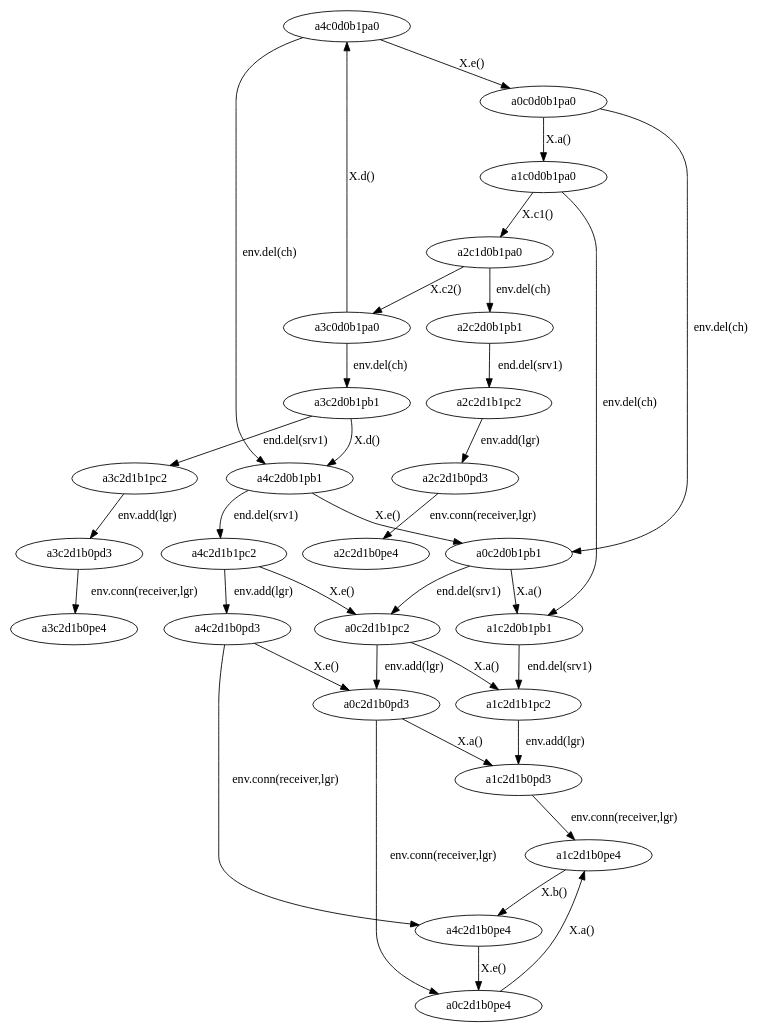
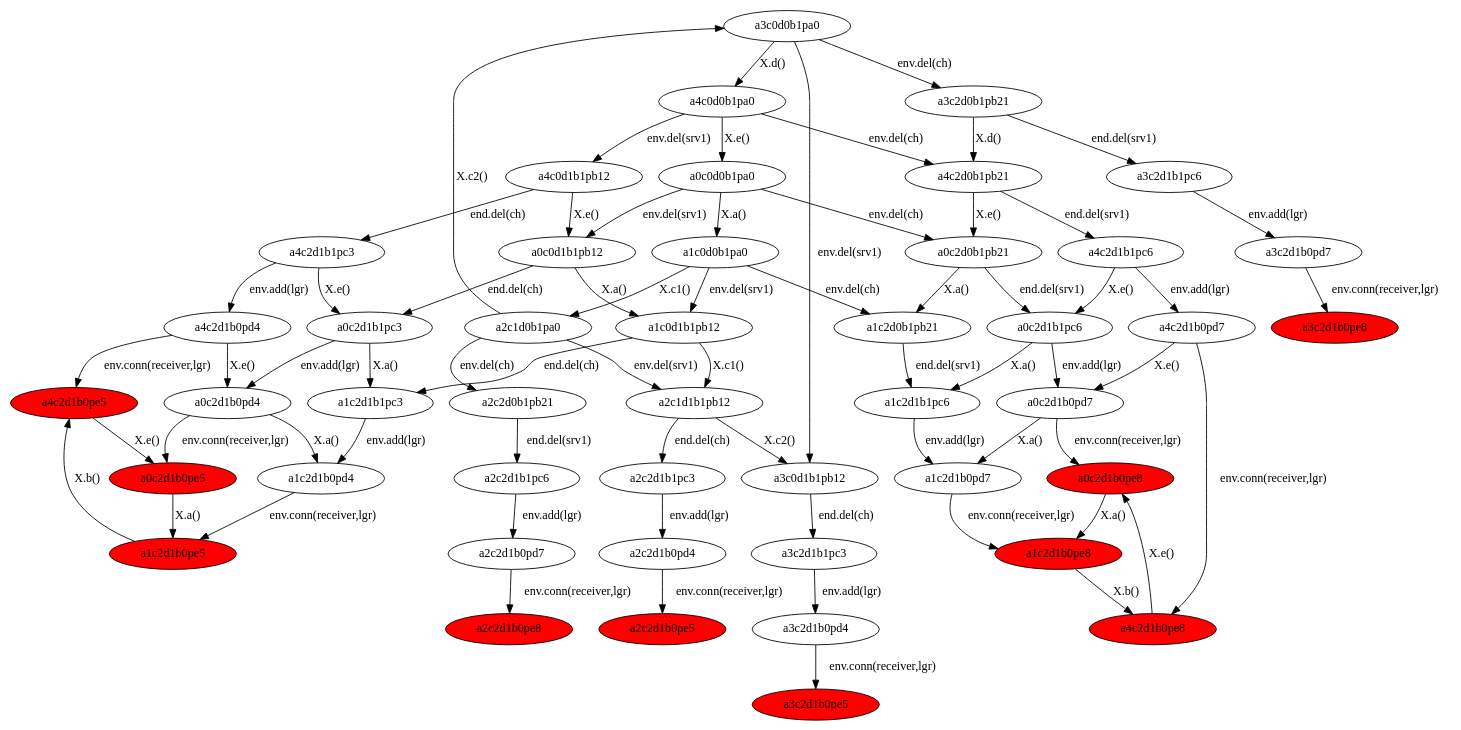
One commit to nargeskh/ControllerSynthesis changed the diagram in IO/outExperiments/model.dot. Above: the diagram before and after it, drawn with Graphviz. The commit also changed 122 other files, not shown here.

```diff
--- a/IO/outExperiments/model.dot
+++ b/IO/outExperiments/model.dot
@@ -1,63 +1,79 @@
 digraph { 
-a0c2d0b1pb1[pos="100,0!"];
-a2c2d0b1pb1[pos="100,100!"];
-a1c2d1b0pd3[pos="100,200!"];
-a3c2d1b0pe4[pos="100,300!"];
-a4c2d1b1pc2[pos="100,400!"];
-a3c2d1b1pc2[pos="100,500!"];
-a4c2d0b1pb1[pos="100,600!"];
-a4c2d1b0pe4[pos="100,700!"];
-a2c1d0b1pa0[pos="100,800!"];
-a0c2d1b1pc2[pos="100,900!"];
-a1c2d0b1pb1[pos="100,1000!"];
-a0c2d1b0pe4[pos="100,1100!"];
-a0c0d0b1pa0[pos="100,1200!"];
-a4c0d0b1pa0[pos="100,1300!"];
-a2c2d1b0pe4[pos="100,1400!"];
-a1c0d0b1pa0[pos="100,1500!"];
-a1c2d1b0pe4[pos="100,1600!"];
-a3c2d1b0pd3[pos="100,1700!"];
-a3c2d0b1pb1[pos="100,1800!"];
-a2c2d1b1pc2[pos="100,1900!"];
-a4c2d1b0pd3[pos="100,2000!"];
-a3c0d0b1pa0[pos="100,2100!"];
-a1c2d1b1pc2[pos="100,2200!"];
-a0c2d1b0pd3[pos="100,2300!"];
-a2c2d1b0pd3[pos="100,2400!"];
-a0c0d0b1pa0->a0c2d0b1pb1[label= "env.del(ch)"];
-a0c2d0b1pb1->a1c2d0b1pb1[label= "X.a()"];
-a1c2d0b1pb1->a1c2d1b1pc2[label= "end.del(srv1)"];
-a1c0d0b1pa0->a1c2d0b1pb1[label= "env.del(ch)"];
-a3c2d0b1pb1->a4c2d0b1pb1[label= "X.d()"];
-a0c2d1b1pc2->a1c2d1b1pc2[label= "X.a()"];
-a0c2d1b0pd3->a0c2d1b0pe4[label= "env.conn(receiver,lgr)"];
-a2c1d0b1pa0->a2c2d0b1pb1[label= "env.del(ch)"];
-a0c2d1b1pc2->a0c2d1b0pd3[label= "env.add(lgr)"];
-a0c2d1b0pe4->a1c2d1b0pe4[label= "X.a()"];
+a4c2d1b0pe5[fillcolor = red,style=filled];
+a1c2d1b0pe5[fillcolor = red,style=filled];
+a2c2d1b0pe5[fillcolor = red,style=filled];
+a4c2d1b0pe8[fillcolor = red,style=filled];
+a0c2d1b0pe8[fillcolor = red,style=filled];
+a2c2d1b0pe8[fillcolor = red,style=filled];
+a0c2d1b0pe5[fillcolor = red,style=filled];
+a1c2d1b0pe8[fillcolor = red,style=filled];
+a3c2d1b0pe8[fillcolor = red,style=filled];
+a3c2d1b0pe5[fillcolor = red,style=filled];
+a0c2d1b0pd7->a0c2d1b0pe8[label= "env.conn(receiver,lgr)"];
+a0c2d0b1pb21->a0c2d1b1pc6[label= "end.del(srv1)"];
+a4c0d1b1pb12->a0c0d1b1pb12[label= "X.e()"];
+a4c2d1b0pd4->a0c2d1b0pd4[label= "X.e()"];
+a4c0d1b1pb12->a4c2d1b1pc3[label= "end.del(ch)"];
+a0c2d0b1pb21->a1c2d0b1pb21[label= "X.a()"];
+a2c1d1b1pb12->a3c0d1b1pb12[label= "X.c2()"];
+a1c2d1b0pd4->a1c2d1b0pe5[label= "env.conn(receiver,lgr)"];
+a3c0d0b1pa0->a3c2d0b1pb21[label= "env.del(ch)"];
+a3c2d0b1pb21->a4c2d0b1pb21[label= "X.d()"];
+a0c2d1b0pe5->a1c2d1b0pe5[label= "X.a()"];
+a1c2d1b0pe8->a4c2d1b0pe8[label= "X.b()"];
+a0c2d1b0pd4->a1c2d1b0pd4[label= "X.a()"];
+a1c2d1b1pc3->a1c2d1b0pd4[label= "env.add(lgr)"];
 a4c0d0b1pa0->a0c0d0b1pa0[label= "X.e()"];
-a4c0d0b1pa0->a4c2d0b1pb1[label= "env.del(ch)"];
-a4c2d1b1pc2->a4c2d1b0pd3[label= "env.add(lgr)"];
-a0c2d1b0pd3->a1c2d1b0pd3[label= "X.a()"];
-a3c2d1b1pc2->a3c2d1b0pd3[label= "env.add(lgr)"];
-a3c0d0b1pa0->a3c2d0b1pb1[label= "env.del(ch)"];
+a0c0d0b1pa0->a0c2d0b1pb21[label= "env.del(ch)"];
+a2c1d0b1pa0->a2c1d1b1pb12[label= "env.del(srv1)"];
+a3c2d0b1pb21->a3c2d1b1pc6[label= "end.del(srv1)"];
+a2c1d1b1pb12->a2c2d1b1pc3[label= "end.del(ch)"];
+a2c1d0b1pa0->a2c2d0b1pb21[label= "env.del(ch)"];
+a0c2d1b1pc6->a1c2d1b1pc6[label= "X.a()"];
+a0c2d1b1pc3->a1c2d1b1pc3[label= "X.a()"];
 a2c1d0b1pa0->a3c0d0b1pa0[label= "X.c2()"];
-a1c2d1b1pc2->a1c2d1b0pd3[label= "env.add(lgr)"];
-a2c2d1b1pc2->a2c2d1b0pd3[label= "env.add(lgr)"];
+a0c0d1b1pb12->a0c2d1b1pc3[label= "end.del(ch)"];
+a1c2d0b1pb21->a1c2d1b1pc6[label= "end.del(srv1)"];
+a0c2d1b0pd4->a0c2d1b0pe5[label= "env.conn(receiver,lgr)"];
+a0c2d1b1pc6->a0c2d1b0pd7[label= "env.add(lgr)"];
+a2c2d1b0pd4->a2c2d1b0pe5[label= "env.conn(receiver,lgr)"];
+a4c2d1b1pc6->a4c2d1b0pd7[label= "env.add(lgr)"];
+a3c2d1b0pd7->a3c2d1b0pe8[label= "env.conn(receiver,lgr)"];
+a1c0d0b1pa0->a1c0d1b1pb12[label= "env.del(srv1)"];
+a1c2d1b0pe5->a4c2d1b0pe5[label= "X.b()"];
 a3c0d0b1pa0->a4c0d0b1pa0[label= "X.d()"];
+a1c2d1b1pc6->a1c2d1b0pd7[label= "env.add(lgr)"];
 a0c0d0b1pa0->a1c0d0b1pa0[label= "X.a()"];
-a4c2d1b0pd3->a0c2d1b0pd3[label= "X.e()"];
-a4c2d0b1pb1->a4c2d1b1pc2[label= "end.del(srv1)"];
-a2c2d1b0pd3->a2c2d1b0pe4[label= "env.conn(receiver,lgr)"];
-a4c2d1b0pd3->a4c2d1b0pe4[label= "env.conn(receiver,lgr)"];
-a3c2d1b0pd3->a3c2d1b0pe4[label= "env.conn(receiver,lgr)"];
-a3c2d0b1pb1->a3c2d1b1pc2[label= "end.del(srv1)"];
-a4c2d1b1pc2->a0c2d1b1pc2[label= "X.e()"];
-a0c2d0b1pb1->a0c2d1b1pc2[label= "end.del(srv1)"];
-a1c2d1b0pe4->a4c2d1b0pe4[label= "X.b()"];
-a1c2d1b0pd3->a1c2d1b0pe4[label= "env.conn(receiver,lgr)"];
+a4c2d1b0pe5->a0c2d1b0pe5[label= "X.e()"];
+a2c2d1b1pc6->a2c2d1b0pd7[label= "env.add(lgr)"];
+a4c2d1b0pd7->a0c2d1b0pd7[label= "X.e()"];
+a1c0d1b1pb12->a1c2d1b1pc3[label= "end.del(ch)"];
+a0c2d1b0pe8->a1c2d1b0pe8[label= "X.a()"];
+a3c2d1b1pc6->a3c2d1b0pd7[label= "env.add(lgr)"];
+a3c2d1b1pc3->a3c2d1b0pd4[label= "env.add(lgr)"];
+a4c2d1b1pc3->a4c2d1b0pd4[label= "env.add(lgr)"];
+a0c2d1b0pd7->a1c2d1b0pd7[label= "X.a()"];
+a4c2d1b1pc6->a0c2d1b1pc6[label= "X.e()"];
+a4c0d0b1pa0->a4c0d1b1pb12[label= "env.del(srv1)"];
+a3c0d1b1pb12->a3c2d1b1pc3[label= "end.del(ch)"];
+a4c0d0b1pa0->a4c2d0b1pb21[label= "env.del(ch)"];
+a4c2d1b0pe8->a0c2d1b0pe8[label= "X.e()"];
+a2c2d1b0pd7->a2c2d1b0pe8[label= "env.conn(receiver,lgr)"];
+a4c2d0b1pb21->a4c2d1b1pc6[label= "end.del(srv1)"];
+a0c2d1b1pc3->a0c2d1b0pd4[label= "env.add(lgr)"];
+a3c0d0b1pa0->a3c0d1b1pb12[label= "env.del(srv1)"];
+a1c2d1b0pd7->a1c2d1b0pe8[label= "env.conn(receiver,lgr)"];
+a4c2d1b0pd7->a4c2d1b0pe8[label= "env.conn(receiver,lgr)"];
+a4c2d1b1pc3->a0c2d1b1pc3[label= "X.e()"];
 a1c0d0b1pa0->a2c1d0b1pa0[label= "X.c1()"];
-a4c2d1b0pe4->a0c2d1b0pe4[label= "X.e()"];
-a2c2d0b1pb1->a2c2d1b1pc2[label= "end.del(srv1)"];
-a4c2d0b1pb1->a0c2d0b1pb1[label= "X.e()"];
+a0c0d0b1pa0->a0c0d1b1pb12[label= "env.del(srv1)"];
+a1c0d0b1pa0->a1c2d0b1pb21[label= "env.del(ch)"];
+a4c2d0b1pb21->a0c2d0b1pb21[label= "X.e()"];
+a2c2d0b1pb21->a2c2d1b1pc6[label= "end.del(srv1)"];
+a3c2d1b0pd4->a3c2d1b0pe5[label= "env.conn(receiver,lgr)"];
+a1c0d1b1pb12->a2c1d1b1pb12[label= "X.c1()"];
+a2c2d1b1pc3->a2c2d1b0pd4[label= "env.add(lgr)"];
+a0c0d1b1pb12->a1c0d1b1pb12[label= "X.a()"];
+a4c2d1b0pd4->a4c2d1b0pe5[label= "env.conn(receiver,lgr)"];
 
 }
```
